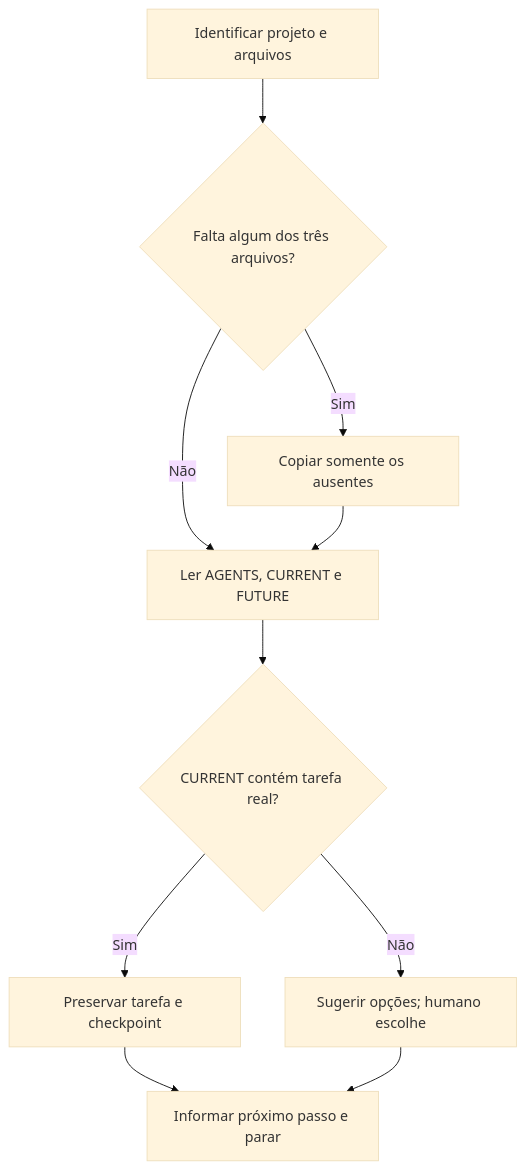
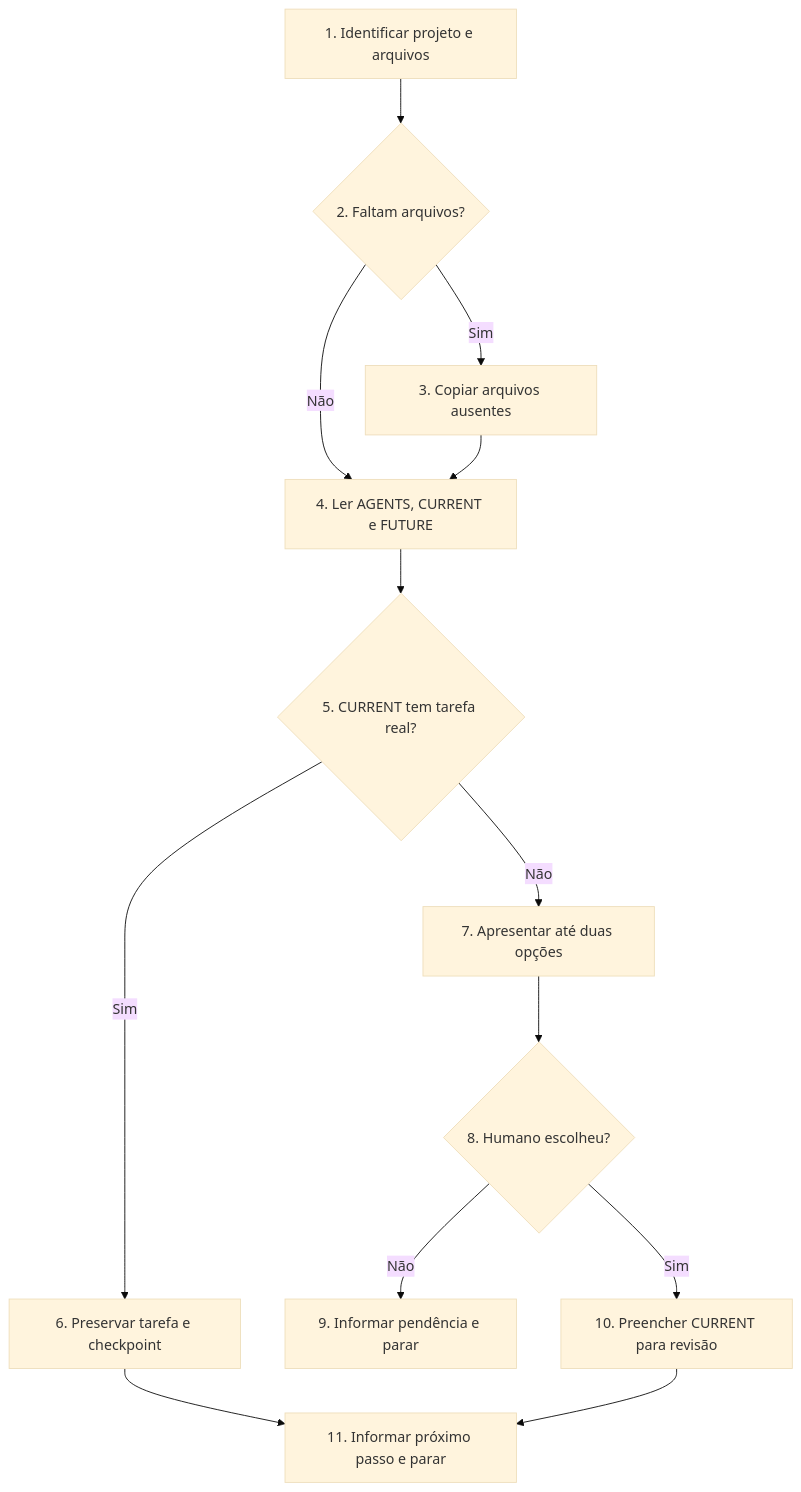
The diagram in .agents/skills/sddstart/SKILL.md (wjohnnyhonorato/sdd-fast), drawn with Mermaid (base theme) before and after one commit. The commit also changed other lines of this file, not shown here.

Commit message:
revisão estrutural

````diff
--- a/.agents/skills/sddstart/SKILL.md
+++ b/.agents/skills/sddstart/SKILL.md
@@ -12,12 +20,15 @@
 ```mermaid
 flowchart TD
-    A["Identificar projeto e arquivos"] --> B{"Falta algum dos três arquivos?"}
-    B -- "Sim" --> C["Copiar somente os ausentes"]
-    B -- "Não" --> D["Ler AGENTS, CURRENT e FUTURE"]
+    A["1. Identificar projeto e arquivos"] --> B{"2. Faltam arquivos?"}
+    B -- "Sim" --> C["3. Copiar arquivos ausentes"]
+    B -- "Não" --> D["4. Ler AGENTS, CURRENT e FUTURE"]
     C --> D
-    D --> E{"CURRENT contém tarefa real?"}
-    E -- "Sim" --> F["Preservar tarefa e checkpoint"]
-    E -- "Não" --> G["Sugerir opções; humano escolhe"]
-    F --> H["Informar próximo passo e parar"]
-    G --> H
+    D --> E{"5. CURRENT tem tarefa real?"}
+    E -- "Sim" --> F["6. Preservar tarefa e checkpoint"]
+    E -- "Não" --> G["7. Apresentar até duas opções"]
+    G --> I{"8. Humano escolheu?"}
+    I -- "Não" --> H["9. Informar pendência e parar"]
+    I -- "Sim" --> J["10. Preencher CURRENT para revisão"]
+    F --> K["11. Informar próximo passo e parar"]
+    J --> K
 ```
````
